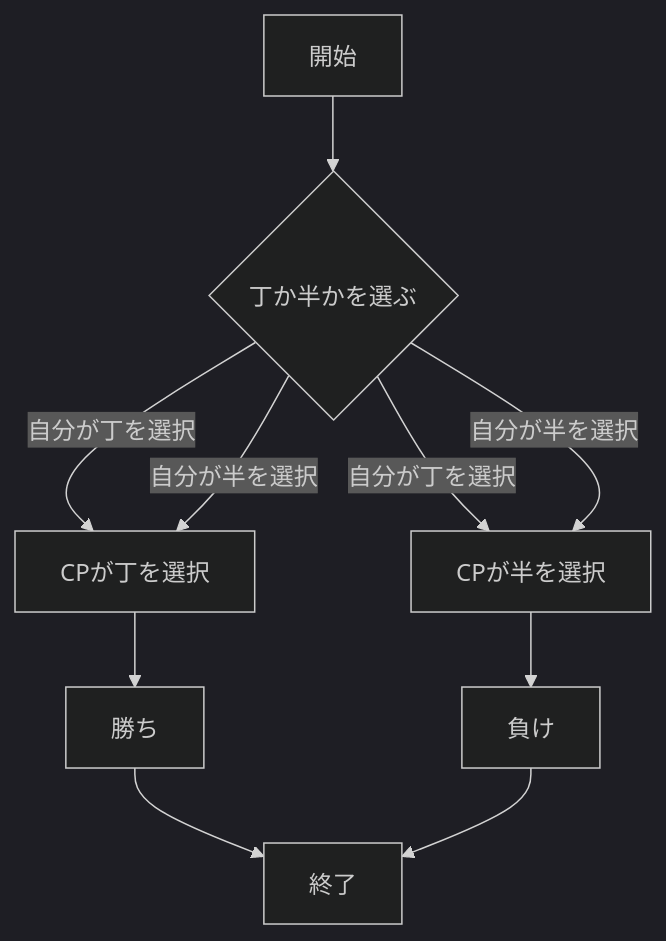
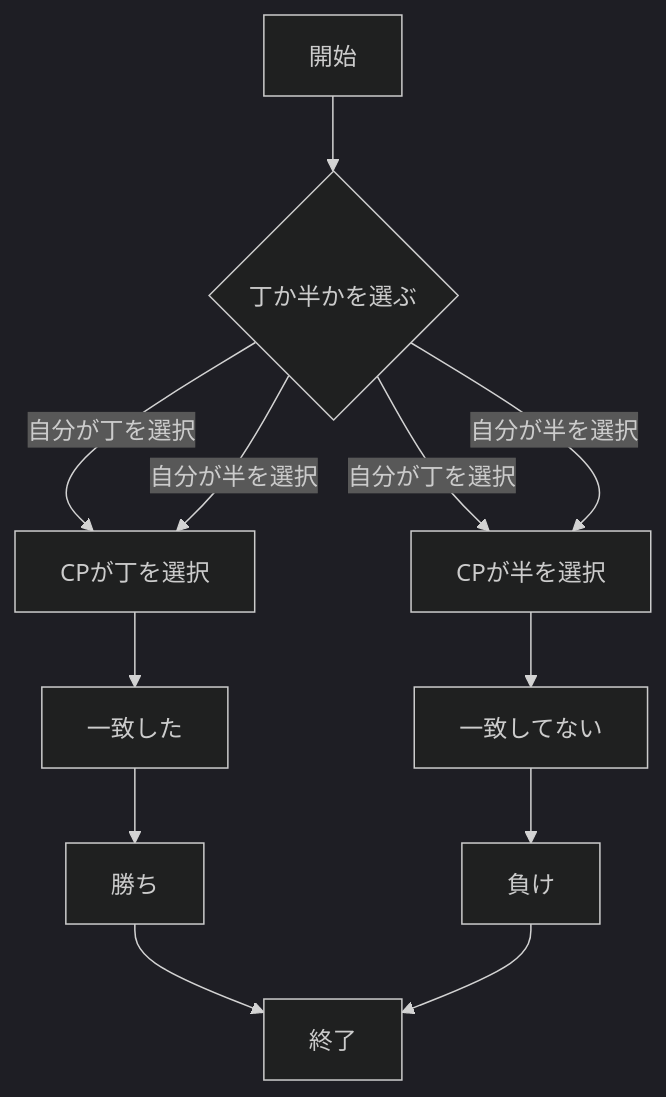
One commit to km919/webpro_06 changed the eighth of 9 diagrams in README.md. Above: the diagram before and after it, drawn with Mermaid (dark theme).

Commit message:
12月27日2:22に編集済

````diff
--- a/README.md
+++ b/README.md
@@ -291,13 +291,13 @@
 ```mermaid
 flowchart TD;
 start["開始"];
 end1["終了"]
 if{"丁か半かを選ぶ"}
 start --> if
 if --> |自分が丁を選択| CPが丁を選択
-CPが丁を選択 --> 勝ち --> end1
+CPが丁を選択 --> 一致した --> 勝ち --> end1
 if --> |自分が丁を選択| CPが半を選択
-CPが半を選択 --> 負け --> end1
+CPが半を選択 --> 一致してない --> 負け --> end1
 if --> |自分が半を選択| CPが半を選択
 if --> |自分が半を選択| CPが丁を選択
 ```
````
